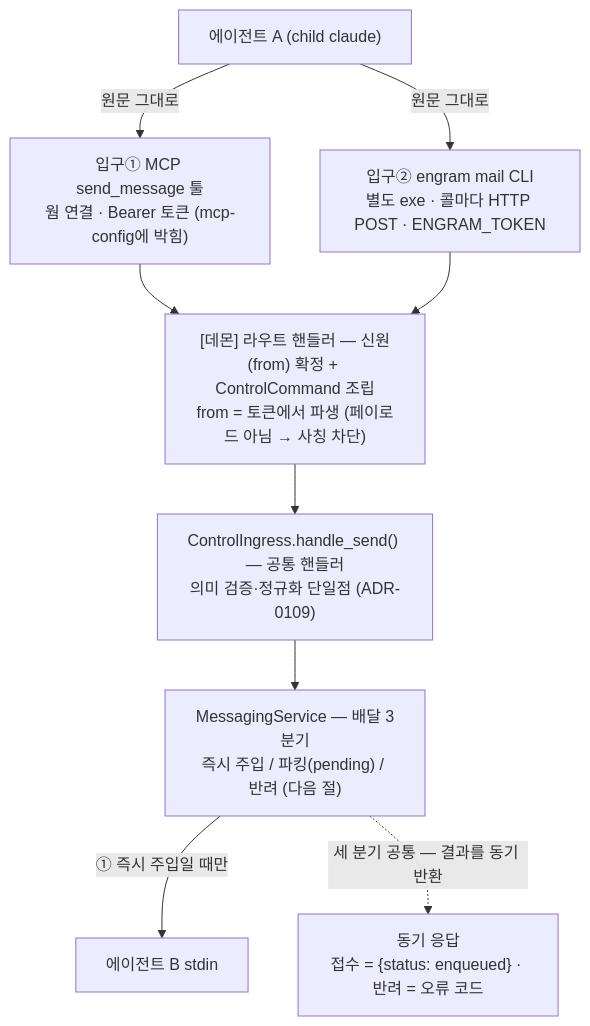
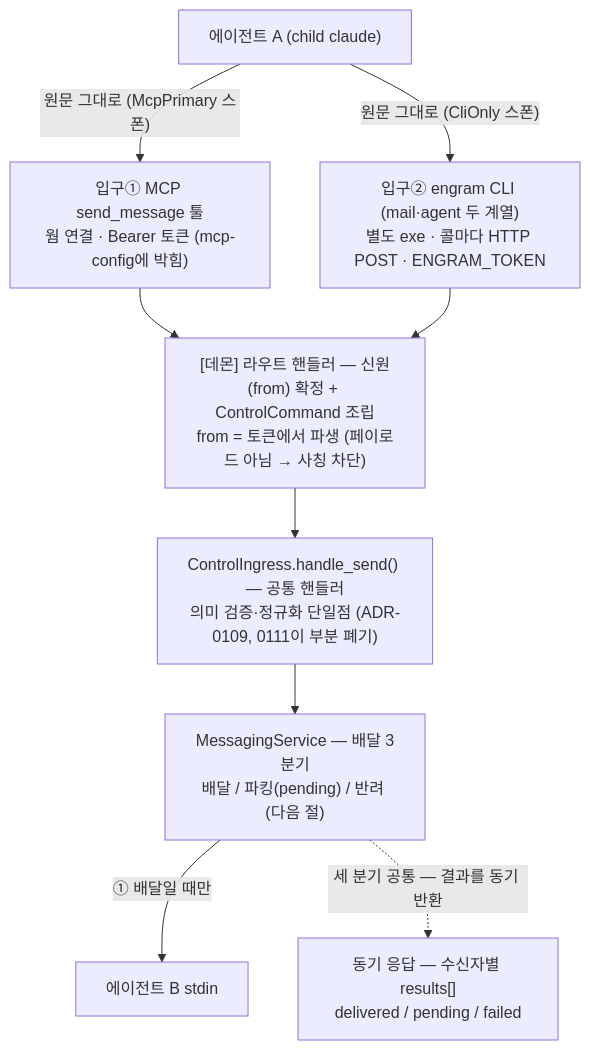
One commit to kimsunzun/engram-dashboard changed the eighth of 20 diagrams in docs/reference/architecture-overview.md. Above: the diagram before and after it, drawn with Mermaid. The commit also changed other lines of this file and 2 other files, not shown here.

````diff
--- a/docs/reference/architecture-overview.md
+++ b/docs/reference/architecture-overview.md
@@ -297,17 +332,17 @@
 ```mermaid
 flowchart TD
   A["에이전트 A (child claude)"]
   MCP["입구① MCP send_message 툴<br/>웜 연결 · Bearer 토큰 (mcp-config에 박힘)"]
-  CLI["입구② engram mail CLI<br/>별도 exe · 콜마다 HTTP POST · ENGRAM_TOKEN"]
+  CLI["입구② engram CLI (mail·agent 두 계열)<br/>별도 exe · 콜마다 HTTP POST · ENGRAM_TOKEN"]
   CI["[데몬] 라우트 핸들러 — 신원(from) 확정 + ControlCommand 조립<br/>from = 토큰에서 파생 (페이로드 아님 → 사칭 차단)"]
-  VAL["ControlIngress.handle_send() — 공통 핸들러<br/>의미 검증·정규화 단일점 (ADR-0109)"]
-  DELIV["MessagingService — 배달 3분기<br/>즉시 주입 / 파킹(pending) / 반려 (다음 절)"]
+  VAL["ControlIngress.handle_send() — 공통 핸들러<br/>의미 검증·정규화 단일점 (ADR-0109, 0111이 부분 폐기)"]
+  DELIV["MessagingService — 배달 3분기<br/>배달 / 파킹(pending) / 반려 (다음 절)"]
   B["에이전트 B stdin"]
-  ACK["동기 응답<br/>접수 = {status: enqueued} · 반려 = 오류 코드"]
+  ACK["동기 응답 — 수신자별 results[]<br/>delivered / pending / failed"]
 
-  A -->|"원문 그대로"| MCP --> CI
-  A -->|"원문 그대로"| CLI --> CI
+  A -->|"원문 그대로 (McpPrimary 스폰)"| MCP --> CI
+  A -->|"원문 그대로 (CliOnly 스폰)"| CLI --> CI
   CI --> VAL --> DELIV
-  DELIV -->|"① 즉시 주입일 때만"| B
+  DELIV -->|"① 배달일 때만"| B
   DELIV -.->|"세 분기 공통 — 결과를 동기 반환"| ACK
 ```
````
